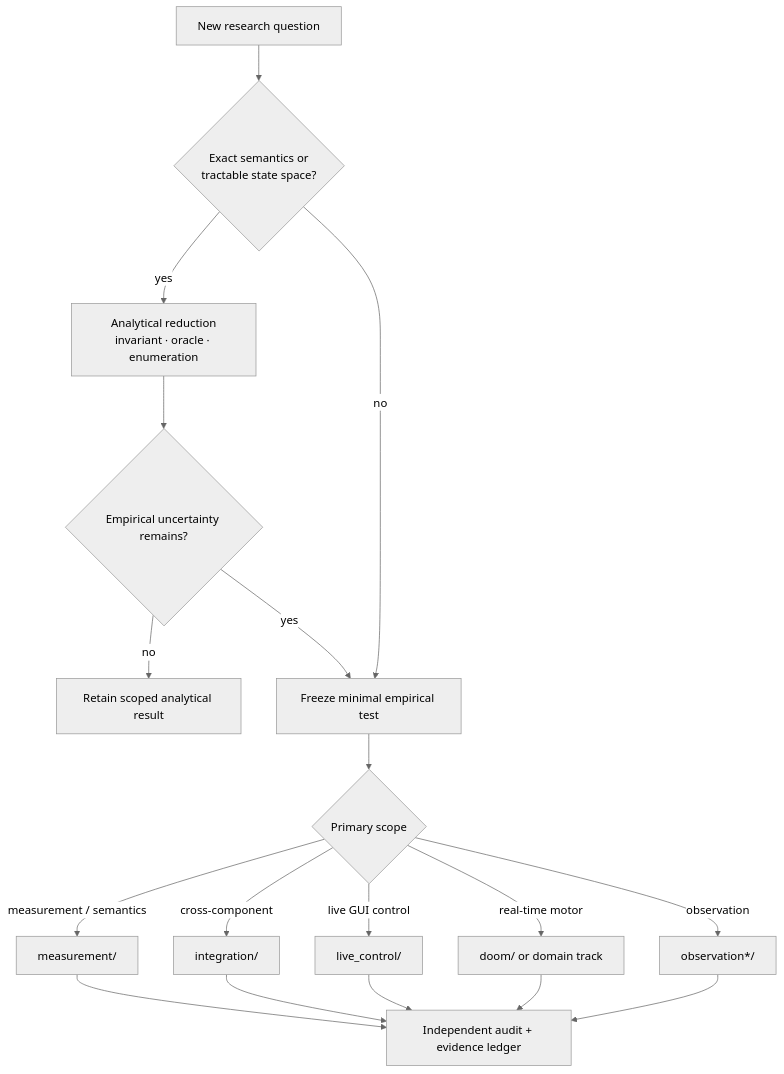
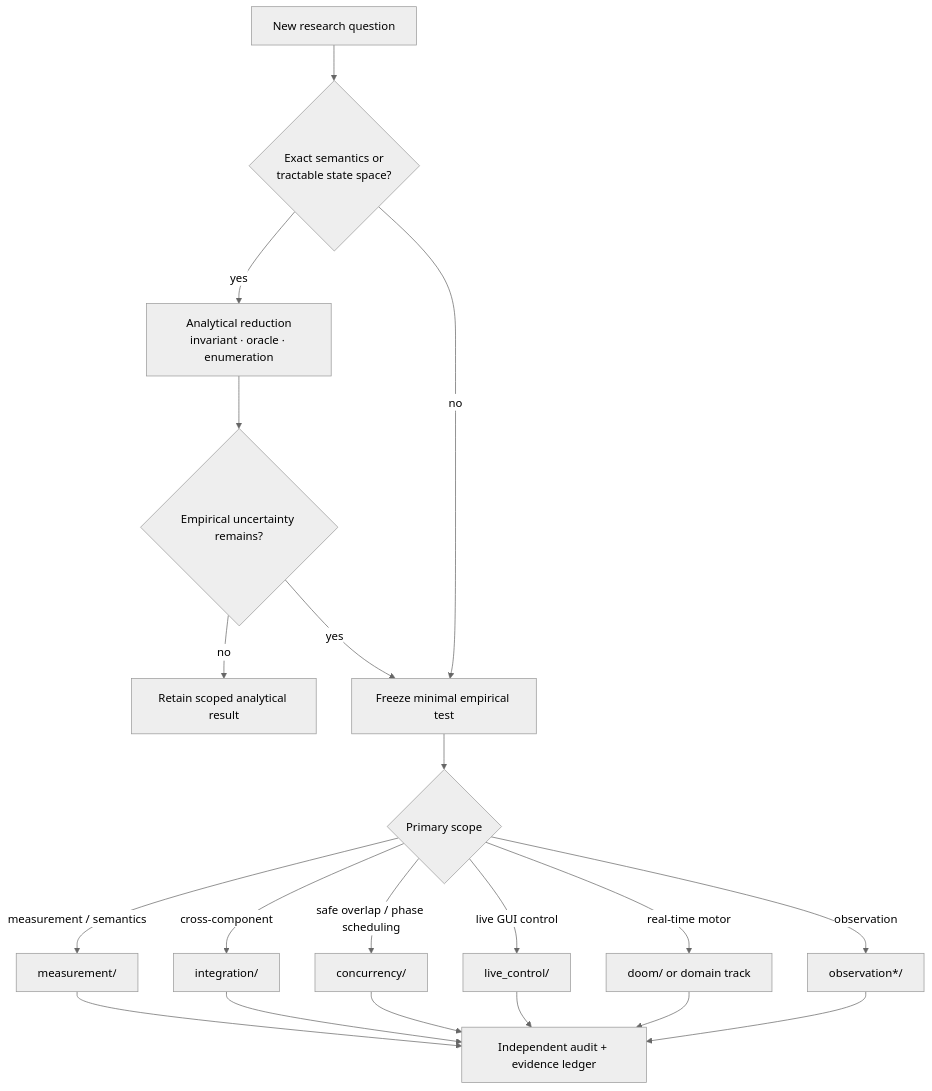
One commit to Unjuno/agent-interface changed the diagram in research/README.md. Above: the diagram before and after it, drawn with Mermaid (neutral theme). The commit also changed other lines of this file, not shown here.

Commit message:
Organize research/README.md for concurrency track

````diff
--- a/research/README.md
+++ b/research/README.md
@@ -25,20 +25,22 @@
 ```mermaid
 flowchart TD
     Q[New research question] --> M{Exact semantics or<br/>tractable state space?}
     M -->|yes| A[Analytical reduction<br/>invariant · oracle · enumeration]
     A --> U{Empirical uncertainty remains?}
     U -->|no| R[Retain scoped analytical result]
     U -->|yes| E[Freeze minimal empirical test]
     M -->|no| E
     E --> C{Primary scope}
     C -->|measurement / semantics| MEAS[measurement/]
     C -->|cross-component| INT[integration/]
+    C -->|safe overlap / phase scheduling| CONC[concurrency/]
     C -->|live GUI control| LIVE[live_control/]
     C -->|real-time motor| DOOM[doom/ or domain track]
     C -->|observation| OBS[observation*/]
     MEAS --> AUD[Independent audit + evidence ledger]
     INT --> AUD
+    CONC --> AUD
     LIVE --> AUD
     DOOM --> AUD
     OBS --> AUD
 ```
````
